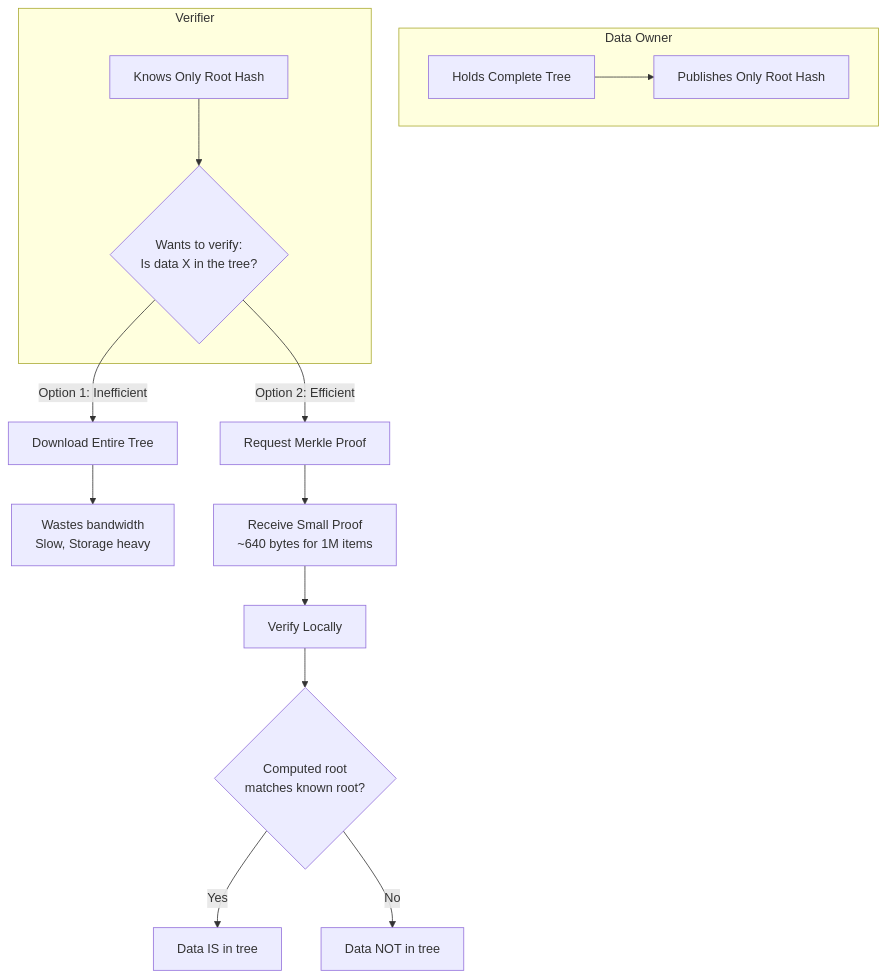
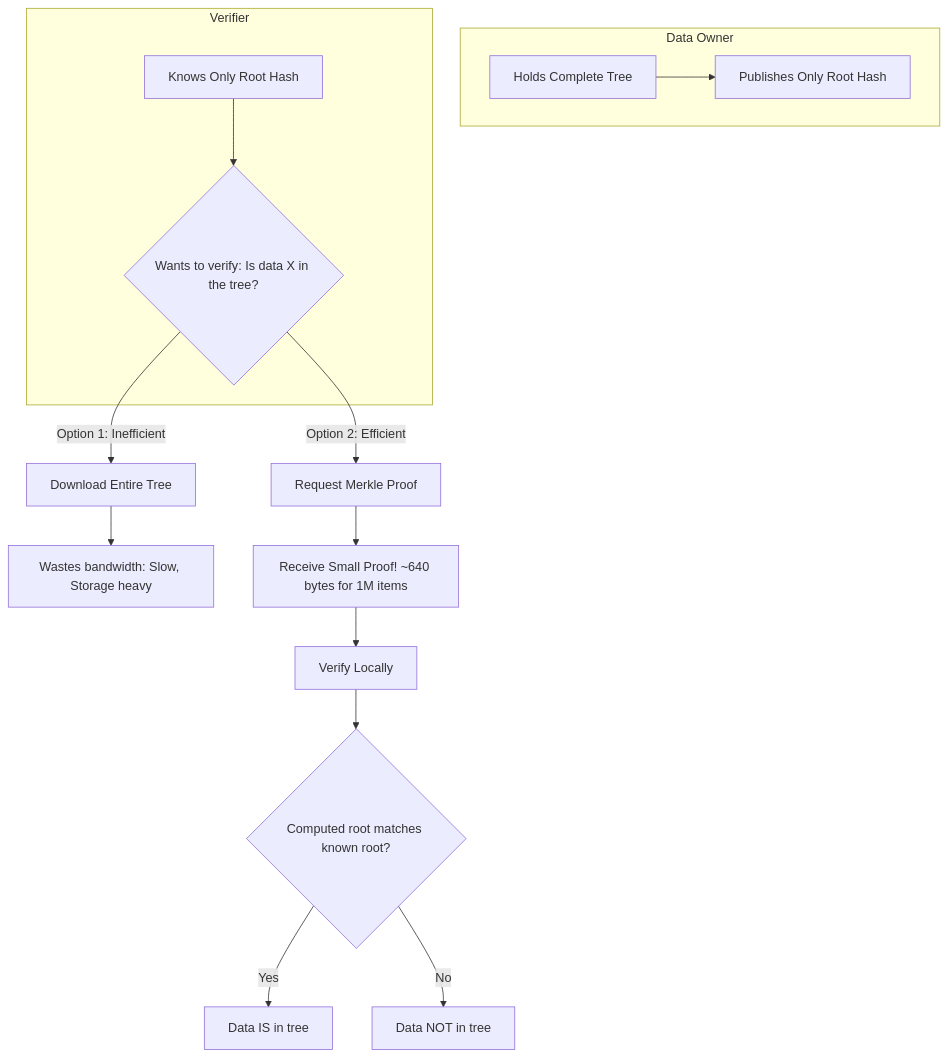
The second of 6 diagrams in README.md (deruelle/merkle-trees), drawn with Mermaid before and after one commit. The commit also changed other lines of this file and 15 other files, not shown here.

````diff
--- a/README.md
+++ b/README.md
@@ -84,23 +84,23 @@
 ```mermaid
 flowchart TD
     subgraph Data Owner
         A[Holds Complete Tree]
         A --> B[Publishes Only Root Hash]
     end
 
     subgraph Verifier
         C[Knows Only Root Hash]
-        C --> D{Wants to verify:\nIs data X in the tree?}
+        C --> D{Wants to verify: Is data X in the tree?}
     end
 
     D -->|Option 1: Inefficient| E[Download Entire Tree]
     D -->|Option 2: Efficient| F[Request Merkle Proof]
 
-    E --> G[Wastes bandwidth\nSlow, Storage heavy]
+    E --> G[Wastes bandwidth: Slow, Storage heavy]
 
-    F --> H[Receive Small Proof\n~640 bytes for 1M items]
+    F --> H[Receive Small Proof! ~640 bytes for 1M items]
     H --> I[Verify Locally]
-    I --> J{Computed root\nmatches known root?}
+    I --> J{Computed root matches known root?}
     J -->|Yes| K[Data IS in tree]
     J -->|No| L[Data NOT in tree]
 ```
````
